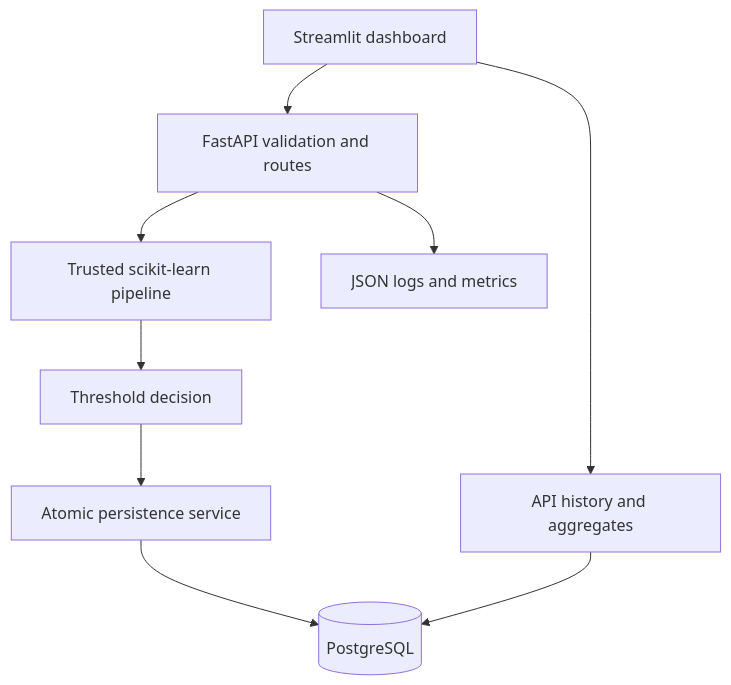
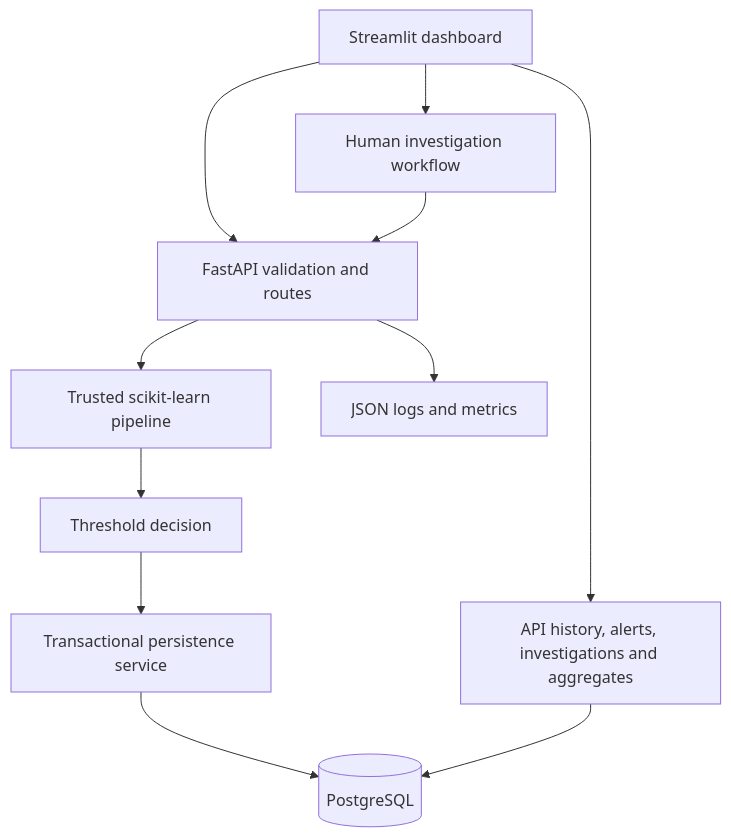
Before and after one commit to Sreejith4554/fraud-detection-analytics-platform: the second of 4 diagrams in docs/architecture/design.md, drawn with Mermaid. The commit also changed other lines of this file and 6 other files, not shown here.

````diff
--- a/docs/architecture/design.md
+++ b/docs/architecture/design.md
@@ -12,11 +12,13 @@
 ```mermaid
 flowchart TD
  UI[Streamlit dashboard] --> API[FastAPI validation and routes]
  API --> Model[Trusted scikit-learn pipeline]
  Model --> Decision[Threshold decision]
- Decision --> Repo[Atomic persistence service]
+ Decision --> Repo[Transactional persistence service]
  Repo --> DB[(PostgreSQL)]
  API --> Logs[JSON logs and metrics]
- UI --> Read[API history and aggregates]
+ UI --> Read[API history, alerts, investigations and aggregates]
  Read --> DB
+ UI --> Review[Human investigation workflow]
+ Review --> API
 ```
````
